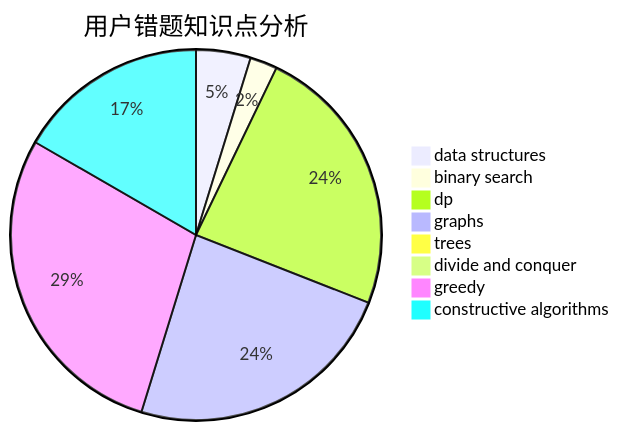
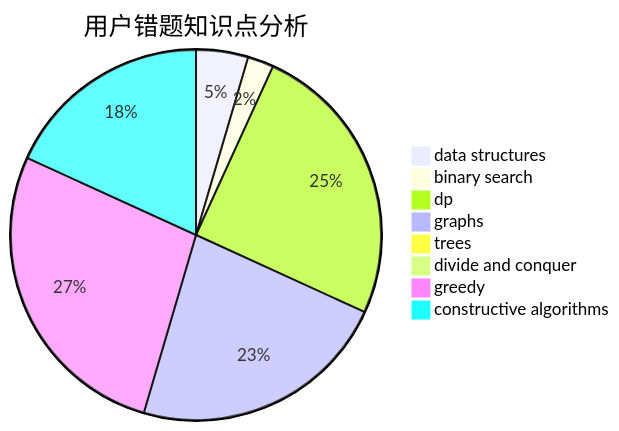
Before and after one commit to sherpahu/cfrs.github.io: the third of 3 diagrams in docs/user/u1853.md, drawn with Mermaid. The commit also changed other lines of this file and 2770 other files, not shown here.

````diff
--- a/docs/user/u1853.md
+++ b/docs/user/u1853.md
@@ -36,11 +36,11 @@
 ```mermaid
 pie title 用户错题知识点分析
     "data structures" :  2
     "binary search" :  1
-    "dp" :  10
+    "dp" :  11
     "graphs" :  10
     "trees" :  0
     "divide and conquer" :  0
     "greedy" :  12
-    "constructive algorithms" :  7
+    "constructive algorithms" :  8
 ```
````
